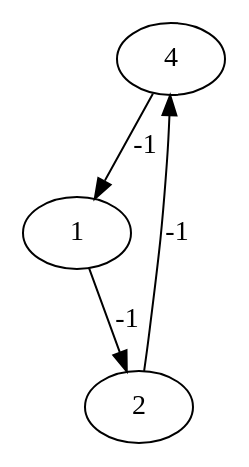
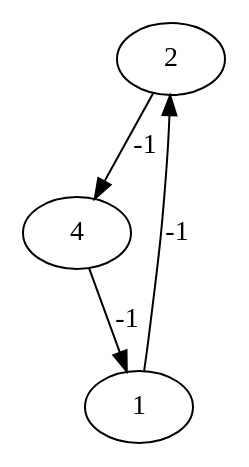
Before and after one commit to Nikitasobakabmx/CycleofNegativeCost: the diagram in reborn/Test.dot, drawn with Graphviz. The commit also changed other lines of this file and 6 other files, not shown here.

```diff
--- a/reborn/Test.dot
+++ b/reborn/Test.dot
@@ -1,5 +1,5 @@
 digraph g {
+	2 -> 4 [cost = -1, label = -1]
 	4 -> 1 [cost = -1, label = -1]
 	1 -> 2 [cost = -1, label = -1]
-	2 -> 4 [cost = -1, label = -1]
 }
```
